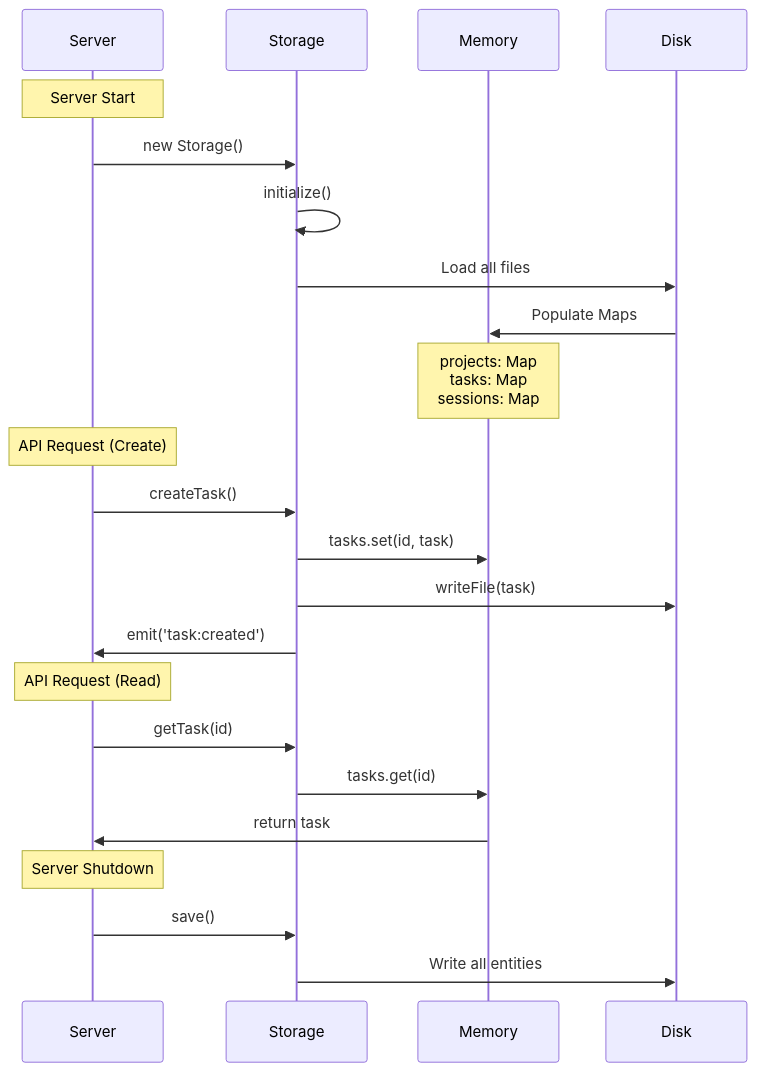
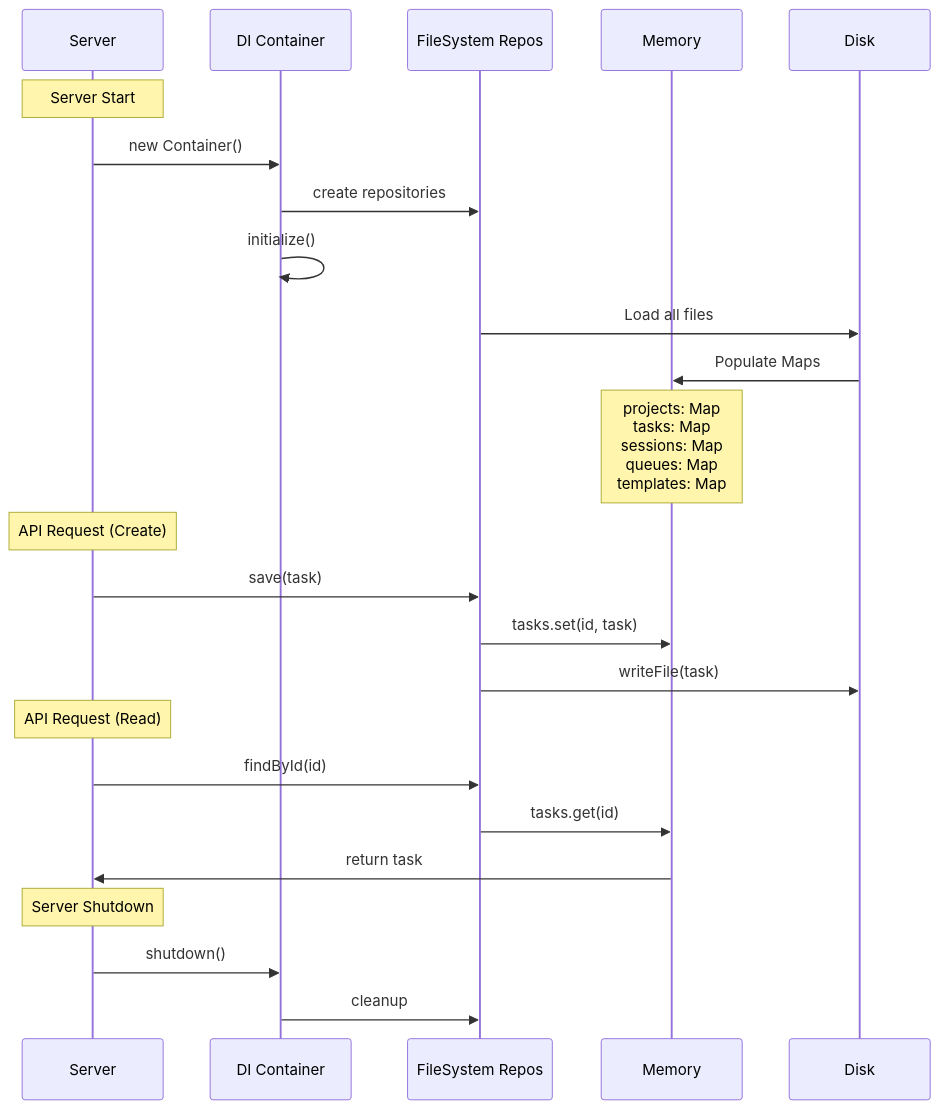
The second of 2 diagrams in maestro-server/spec/05-STORAGE-SPECIFICATION.md (raghavared/agent-maestro), drawn with Mermaid before and after one commit. The commit also changed other lines of this file and 37 other files, not shown here.

````diff
--- a/maestro-server/spec/05-STORAGE-SPECIFICATION.md
+++ b/maestro-server/spec/05-STORAGE-SPECIFICATION.md
@@ -214,29 +256,30 @@
 ```mermaid
 sequenceDiagram
     participant Server
-    participant Storage
+    participant Container as DI Container
+    participant Repos as FileSystem Repos
     participant Memory
     participant Disk
 
     Note over Server: Server Start
-    Server->>Storage: new Storage()
-    Storage->>Storage: initialize()
-    Storage->>Disk: Load all files
+    Server->>Container: new Container()
+    Container->>Repos: create repositories
+    Container->>Container: initialize()
+    Repos->>Disk: Load all files
     Disk->>Memory: Populate Maps
-    Note over Memory: projects: Map<br/>tasks: Map<br/>sessions: Map
+    Note over Memory: projects: Map<br/>tasks: Map<br/>sessions: Map<br/>queues: Map<br/>templates: Map
 
     Note over Server: API Request (Create)
-    Server->>Storage: createTask()
-    Storage->>Memory: tasks.set(id, task)
-    Storage->>Disk: writeFile(task)
-    Storage->>Server: emit('task:created')
+    Server->>Repos: save(task)
+    Repos->>Memory: tasks.set(id, task)
+    Repos->>Disk: writeFile(task)
 
     Note over Server: API Request (Read)
-    Server->>Storage: getTask(id)
-    Storage->>Memory: tasks.get(id)
+    Server->>Repos: findById(id)
+    Repos->>Memory: tasks.get(id)
     Memory->>Server: return task
 
     Note over Server: Server Shutdown
-    Server->>Storage: save()
-    Storage->>Disk: Write all entities
+    Server->>Container: shutdown()
+    Container->>Repos: cleanup
 ```
````
